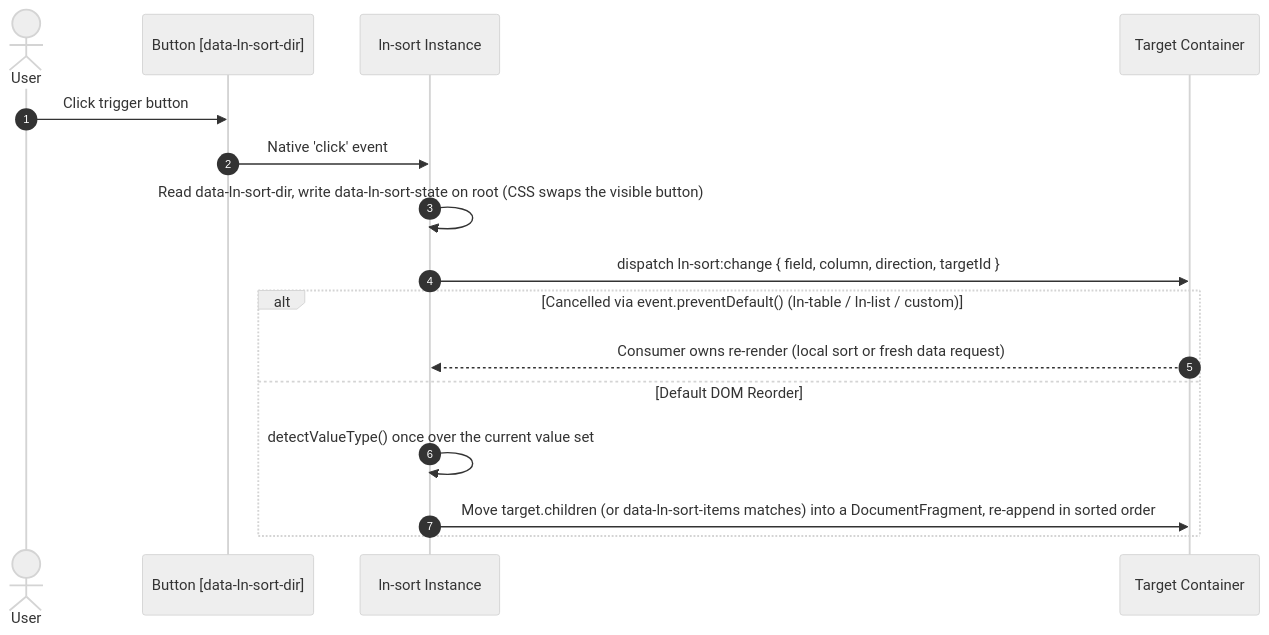
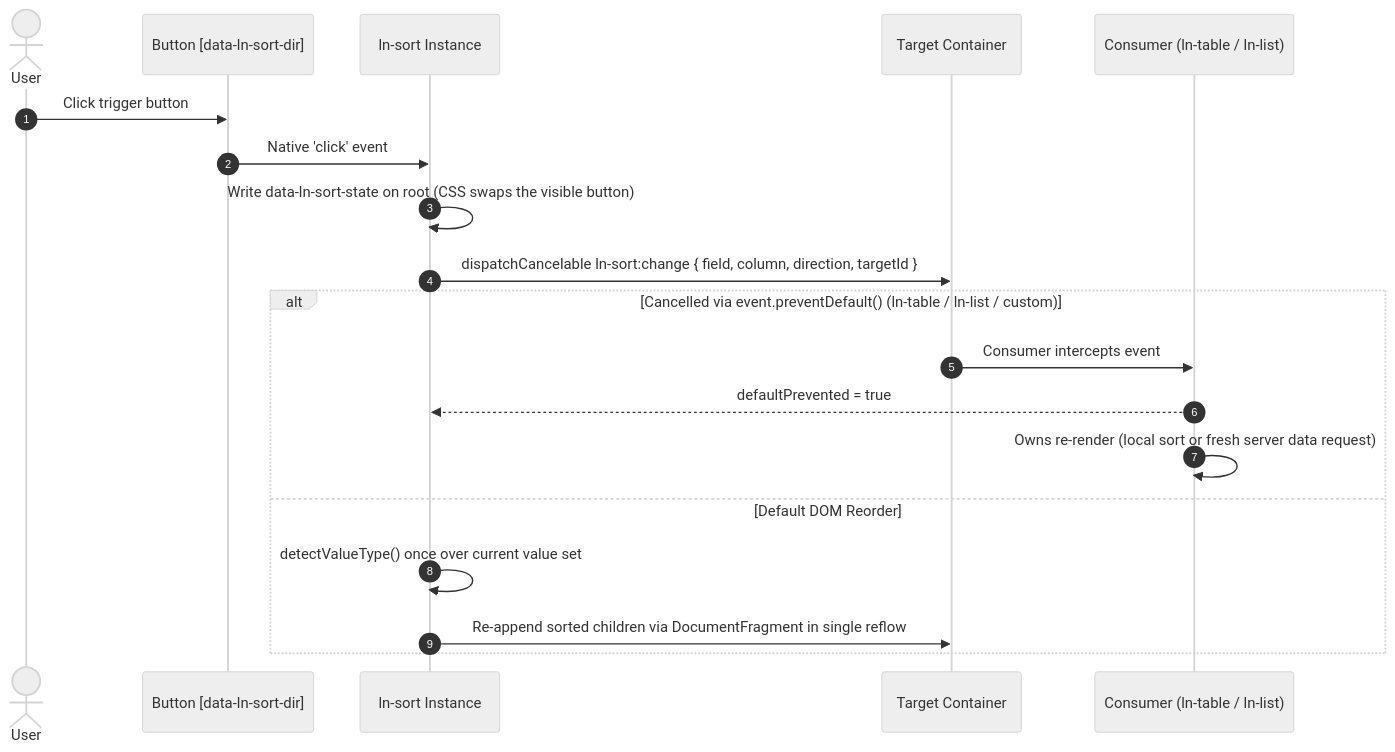
One commit to livenetworks/ln-ashlar changed the diagram in docs-mcp/components/ln-sort.md. Above: the diagram before and after it, drawn with Mermaid (neutral theme). The commit also changed other lines of this file and 78 other files, not shown here.

Commit message:
feat(core, sort, search, filter): add centralized hash codecs and data-ln-hash URL synchronization

````diff
--- a/docs-mcp/components/ln-sort.md
+++ b/docs-mcp/components/ln-sort.md
@@ -213,20 +221,23 @@
 ```mermaid
 sequenceDiagram
     autonumber
     actor User
     participant Btn as Button [data-ln-sort-dir]
     participant Component as ln-sort Instance
     participant Target as Target Container
+    participant Consumer as Consumer (ln-table / ln-list)
 
     User->>Btn: Click trigger button
     Btn->>Component: Native 'click' event
-    Component->>Component: Read data-ln-sort-dir, write data-ln-sort-state on root (CSS swaps the visible button)
-    Component->>Target: dispatch ln-sort:change { field, column, direction, targetId }
+    Component->>Component: Write data-ln-sort-state on root (CSS swaps the visible button)
+    Component->>Target: dispatchCancelable ln-sort:change { field, column, direction, targetId }
 
     alt Cancelled via event.preventDefault() (ln-table / ln-list / custom)
-        Target-->>Component: Consumer owns re-render (local sort or fresh data request)
+        Target->>Consumer: Consumer intercepts event
+        Consumer-->>Component: defaultPrevented = true
+        Consumer->>Consumer: Owns re-render (local sort or fresh server data request)
     else Default DOM Reorder
-        Component->>Component: detectValueType() once over the current value set
-        Component->>Target: Move target.children (or data-ln-sort-items matches) into a DocumentFragment, re-append in sorted order
+        Component->>Component: detectValueType() once over current value set
+        Component->>Target: Re-append sorted children via DocumentFragment in single reflow
     end
 ```
````
